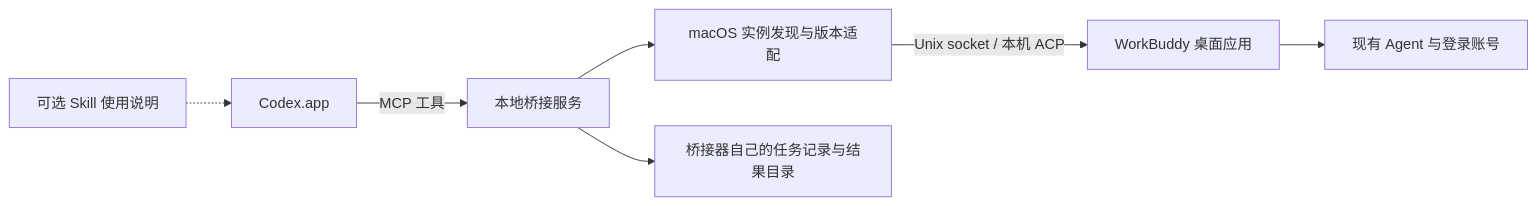
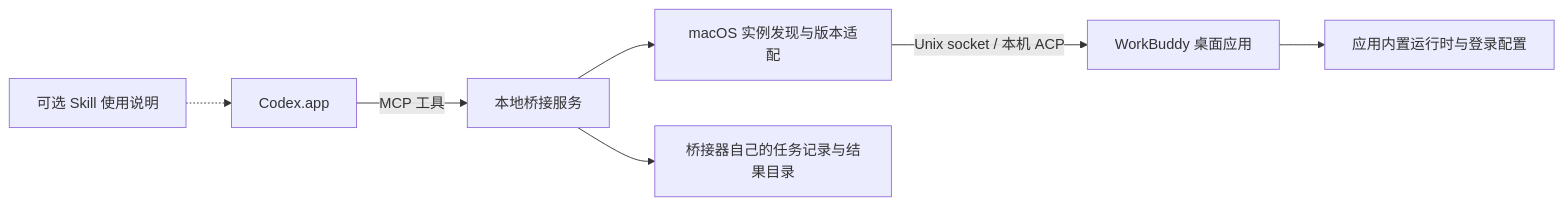
One commit to Wernerclements/codex-workbuddy-bridge-intelmac changed the diagram in docs/PLAN.md. Above: the diagram before and after it, drawn with Mermaid. The commit also changed other lines of this file and 28 other files, not shown here.

````diff
--- a/docs/PLAN.md
+++ b/docs/PLAN.md
@@ -9,9 +9,9 @@
 ```mermaid
 flowchart LR
   A[Codex.app] -->|MCP 工具| B[本地桥接服务]
   S[可选 Skill 使用说明] -.-> A
   B --> C[macOS 实例发现与版本适配]
   C -->|Unix socket / 本机 ACP| D[WorkBuddy 桌面应用]
-  D --> E[现有 Agent 与登录账号]
+  D --> E[应用内置运行时与登录配置]
   B --> F[桥接器自己的任务记录与结果目录]
 ```
````
